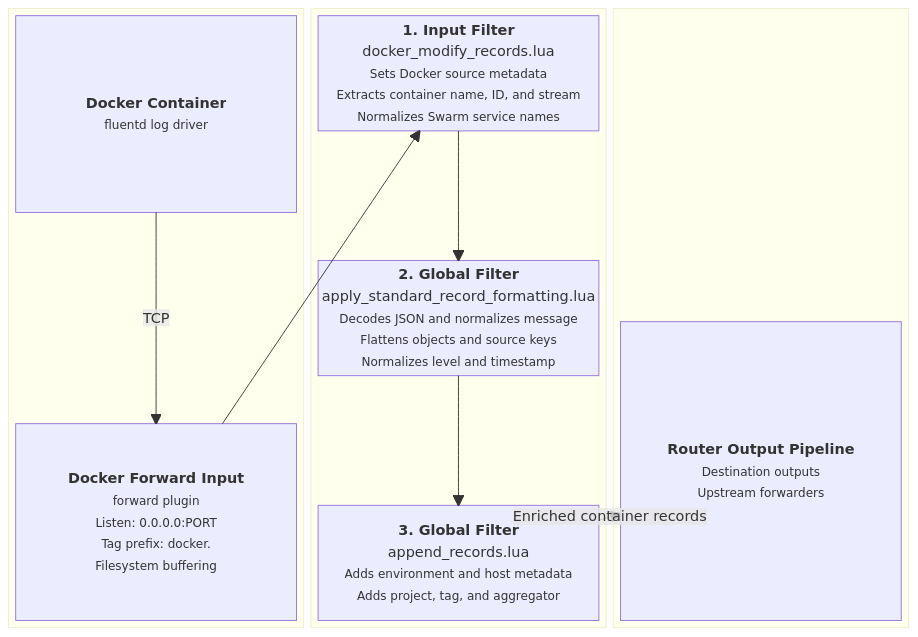
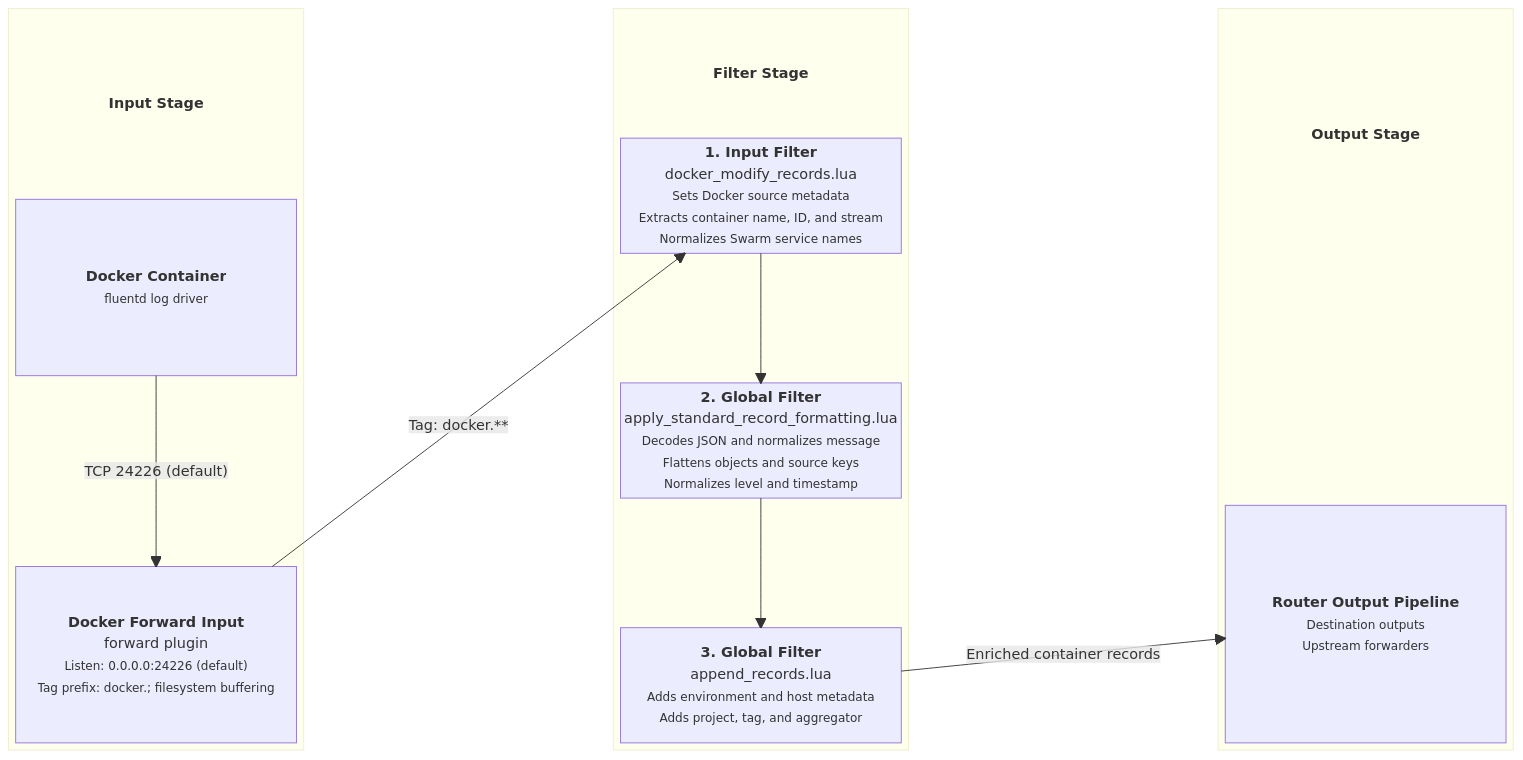
One commit to Josh5/fluent-bit-router changed the diagram in docs/input-docker.md. Above: the diagram before and after it, drawn with Mermaid. The commit also changed 11 other files, not shown here.

Commit message:
Improvements to the mermaid diagrams

````diff
--- a/docs/input-docker.md
+++ b/docs/input-docker.md
@@ -49,39 +49,43 @@
 ```mermaid
 block-beta
-    columns 3
+    columns 5
 
-    %% INPUT SECTION
     block:InputStage
         columns 1
-
+        InputTitle["<b>Input Stage</b>"]
         A["<b>Docker Container</b><br/><small>fluentd log driver</small>"]
         space
-        B["<b>Docker Forward Input</b><br/><small>forward plugin<br/>Listen: 0.0.0.0:PORT<br/>Tag prefix: docker.<br/>Filesystem buffering</small>"]
+        B["<b>Docker Forward Input</b><br/>forward plugin<br/><small>Listen: 0.0.0.0:24226 (default)<br/>Tag prefix: docker.; filesystem buffering</small>"]
     end
 
-    %% FILTER SECTION
+    space
+
     block:FilterStage
         columns 1
-
+        FilterTitle["<b>Filter Stage</b>"]
         C["<b>1. Input Filter</b><br/>docker_modify_records.lua<br/><small>Sets Docker source metadata<br/>Extracts container name, ID, and stream<br/>Normalizes Swarm service names</small>"]
         space
         D["<b>2. Global Filter</b><br/>apply_standard_record_formatting.lua<br/><small>Decodes JSON and normalizes message<br/>Flattens objects and source keys<br/>Normalizes level and timestamp</small>"]
         space
         E["<b>3. Global Filter</b><br/>append_records.lua<br/><small>Adds environment and host metadata<br/>Adds project, tag, and aggregator</small>"]
     end
 
-    %% OUTPUT SECTION
+    space
+
     block:OutputStage
         columns 1
-
+        OutputTitle["<b>Output Stage</b>"]
         space
         F["<b>Router Output Pipeline</b><br/><small>Destination outputs<br/>Upstream forwarders</small>"]
     end
 
-    %% DATA FLOW
-    A -- "TCP" --> B
-    B --> C
+    A -- "TCP 24226 (default)" --> B
+    B -- "Tag: docker.**" --> C
     C --> D
     D --> E
     E -- "Enriched container records" --> F
+
+    style InputTitle fill:none,stroke:none
+    style FilterTitle fill:none,stroke:none
+    style OutputTitle fill:none,stroke:none
 ```
````
